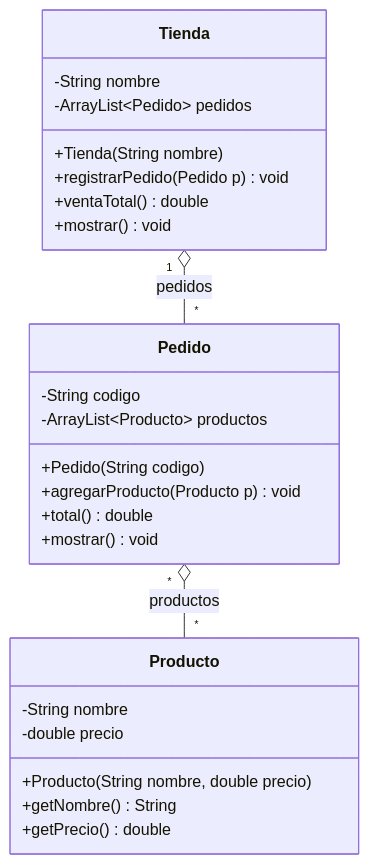
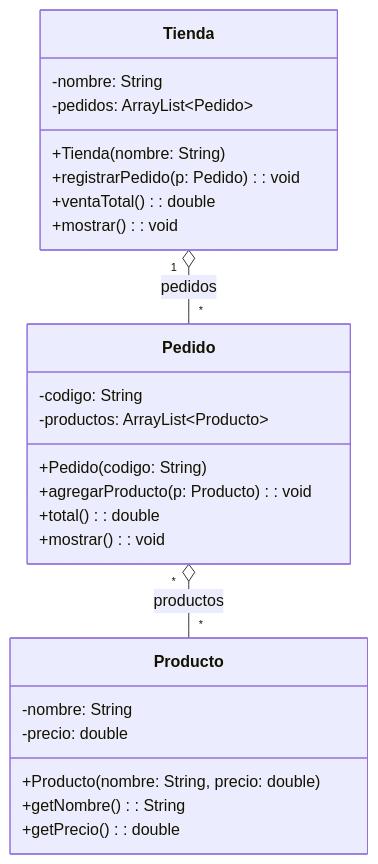
One commit to CursosProgramacionEP/USIL_SEMANA10 changed the third of 11 diagrams in README.md. Above: the diagram before and after it, drawn with Mermaid. The commit also changed other lines of this file and 1 other file, not shown here.

First line of the commit message:
Diagramas UML en notacion estandar (nombre: Tipo) en README y PRACTICAS_CLASE

````diff
--- a/README.md
+++ b/README.md
@@ -110,28 +110,28 @@
 ```mermaid
 classDiagram
     class Tienda {
-        -String nombre
-        -ArrayList~Pedido~ pedidos
-        +Tienda(String nombre)
-        +registrarPedido(Pedido p) void
-        +ventaTotal() double
-        +mostrar() void
+        -nombre: String
+        -pedidos: ArrayList~Pedido~
+        +Tienda(nombre: String)
+        +registrarPedido(p: Pedido) : void
+        +ventaTotal() : double
+        +mostrar() : void
     }
     class Pedido {
-        -String codigo
-        -ArrayList~Producto~ productos
-        +Pedido(String codigo)
-        +agregarProducto(Producto p) void
-        +total() double
-        +mostrar() void
+        -codigo: String
+        -productos: ArrayList~Producto~
+        +Pedido(codigo: String)
+        +agregarProducto(p: Producto) : void
+        +total() : double
+        +mostrar() : void
     }
     class Producto {
-        -String nombre
-        -double precio
-        +Producto(String nombre, double precio)
-        +getNombre() String
-        +getPrecio() double
+        -nombre: String
+        -precio: double
+        +Producto(nombre: String, precio: double)
+        +getNombre() : String
+        +getPrecio() : double
     }
     Tienda "1" o-- "*" Pedido : pedidos
     Pedido "*" o-- "*" Producto : productos
 ```
````
